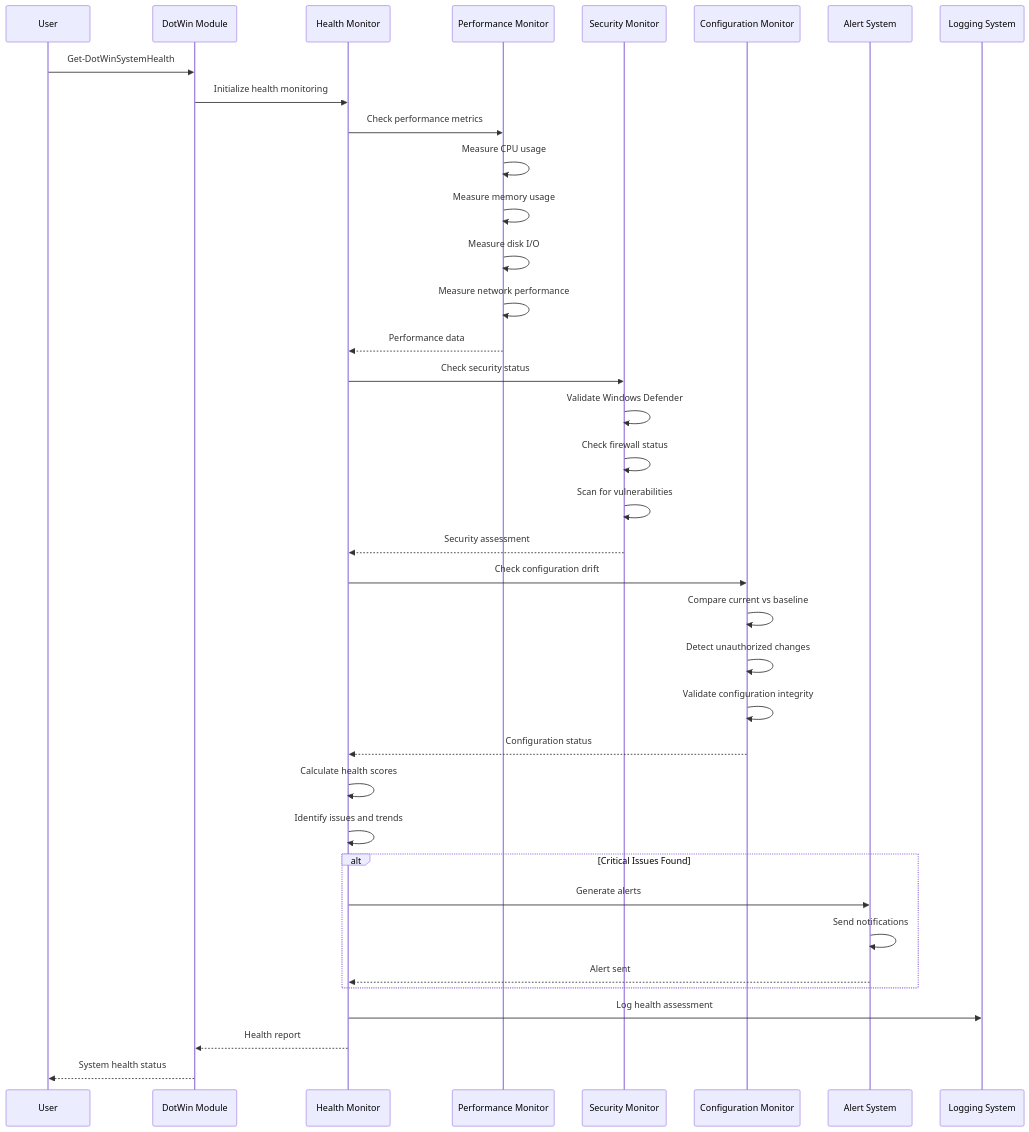
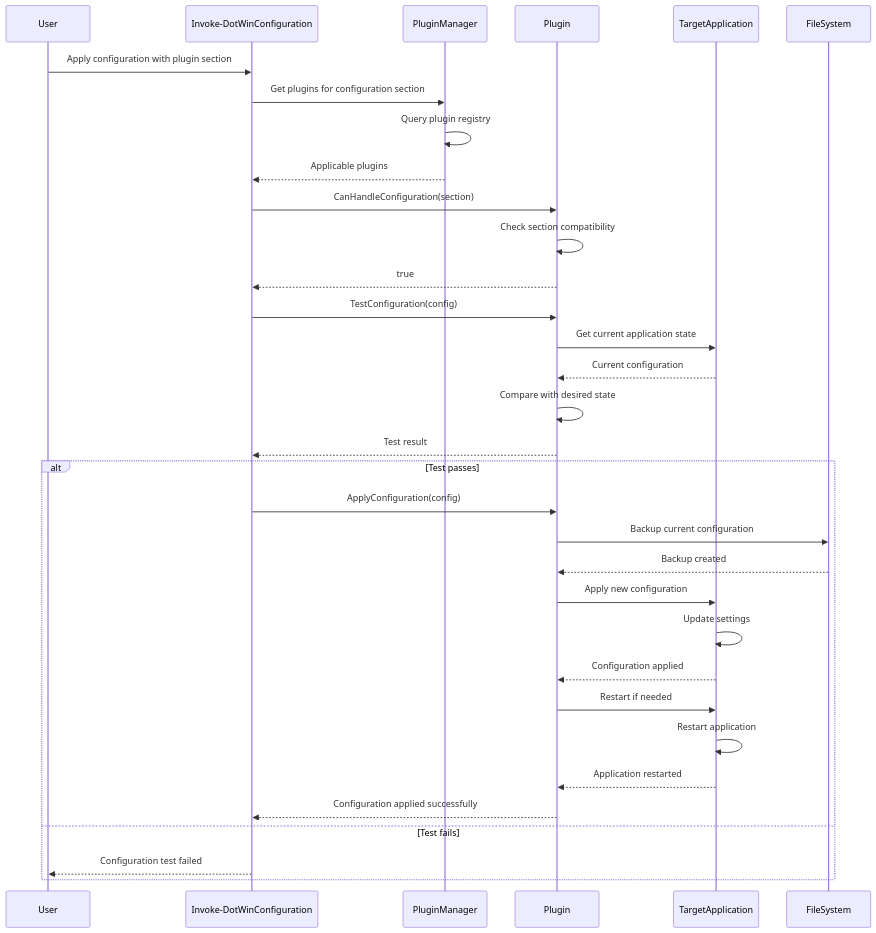
One commit to albedosehen/dot-win changed the tenth of 16 diagrams in docs/SequenceDiagrams.md. Above: the diagram before and after it, drawn with Mermaid. The commit also changed other lines of this file and 69 other files, not shown here.

Commit message:
Bridge DotWin configuration management and config files

````diff
--- a/docs/SequenceDiagrams.md
+++ b/docs/SequenceDiagrams.md
@@ -301,46 +416,42 @@
 ```mermaid
 sequenceDiagram
     participant User
-    participant DotWin as DotWin Module
-    participant HM as Health Monitor
-    participant PM as Performance Monitor
-    participant SM as Security Monitor
-    participant CM as Configuration Monitor
-    participant Alert as Alert System
-    participant Logger as Logging System
+    participant IDC as Invoke-DotWinConfiguration
+    participant PM as PluginManager
+    participant Plugin
+    participant App as TargetApplication
+    participant FS as FileSystem
+
+    User->>IDC: Apply configuration with plugin section
+    IDC->>PM: Get plugins for configuration section
+    PM->>PM: Query plugin registry
+    PM-->>IDC: Applicable plugins
     
-    User->>DotWin: Get-DotWinSystemHealth
-    DotWin->>HM: Initialize health monitoring
+    IDC->>Plugin: CanHandleConfiguration(section)
+    Plugin->>Plugin: Check section compatibility
+    Plugin-->>IDC: true
     
-    HM->>PM: Check performance metrics
-    PM->>PM: Measure CPU usage
-    PM->>PM: Measure memory usage
-    PM->>PM: Measure disk I/O
-    PM->>PM: Measure network performance
-    PM-->>HM: Performance data
+    IDC->>Plugin: TestConfiguration(config)
+    Plugin->>App: Get current application state
+    App-->>Plugin: Current configuration
+    Plugin->>Plugin: Compare with desired state
+    Plugin-->>IDC: Test result
     
-    HM->>SM: Check security status
-    SM->>SM: Validate Windows Defender
-    SM->>SM: Check firewall status
-    SM->>SM: Scan for vulnerabilities
-    SM-->>HM: Security assessment
-    
-    HM->>CM: Check configuration drift
-    CM->>CM: Compare current vs baseline
-    CM->>CM: Detect unauthorized changes
-    CM->>CM: Validate configuration integrity
-    CM-->>HM: Configuration status
-    
-    HM->>HM: Calculate health scores
-    HM->>HM: Identify issues and trends
-    
-    alt Critical Issues Found
-        HM->>Alert: Generate alerts
-        Alert->>Alert: Send notifications
-        Alert-->>HM: Alert sent
+    alt Test passes
+        IDC->>Plugin: ApplyConfiguration(config)
+        Plugin->>FS: Backup current configuration
+        FS-->>Plugin: Backup created
+        
+        Plugin->>App: Apply new configuration
+        App->>App: Update settings
+        App-->>Plugin: Configuration applied
+        
+        Plugin->>App: Restart if needed
+        App->>App: Restart application
+        App-->>Plugin: Application restarted
+        
+        Plugin-->>IDC: Configuration applied successfully
+    else Test fails
+        IDC-->>User: Configuration test failed
     end
-    
-    HM->>Logger: Log health assessment
-    HM-->>DotWin: Health report
-    DotWin-->>User: System health status
 ```
````
